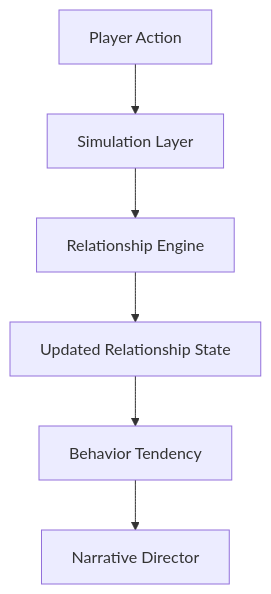
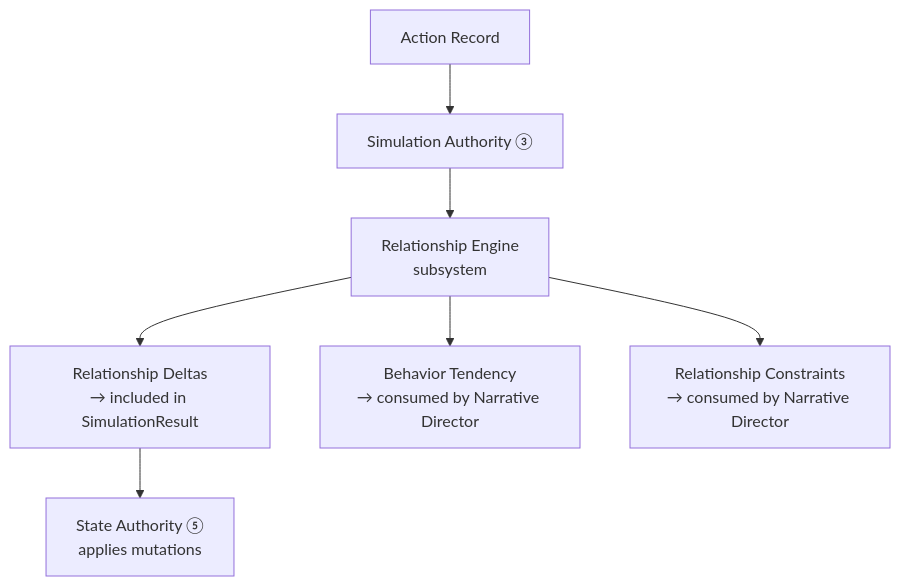
One commit to yueseyeyu/ai-narrative-rpg-engine changed the first of 3 diagrams in docs/02_Architecture/Relationship_Engine_Blueprint.md. Above: the diagram before and after it, drawn with Mermaid. The commit also changed other lines of this file and 43 other files, not shown here.

Commit message:
feat: Architecture Baseline v1.0 Frozen + MVP-0 Validation (4/4 contract tests passing)

````diff
--- a/docs/02_Architecture/Relationship_Engine_Blueprint.md
+++ b/docs/02_Architecture/Relationship_Engine_Blueprint.md
@@ -119,8 +127,9 @@
 ```mermaid
 flowchart TD
-    A[Player Action] --> B[Simulation Layer]
-    B --> C[Relationship Engine]
-    C --> D[Updated Relationship State]
-    D --> E[Behavior Tendency]
-    E --> F[Narrative Director]
+    A[Action Record] --> B[Simulation Authority ③]
+    B --> C[Relationship Engine<br/>subsystem]
+    C --> D[Relationship Deltas<br/>→ included in SimulationResult]
+    C --> E[Behavior Tendency<br/>→ consumed by Narrative Director]
+    C --> F[Relationship Constraints<br/>→ consumed by Narrative Director]
+    D --> G[State Authority ⑤<br/>applies mutations]
 ```
````
